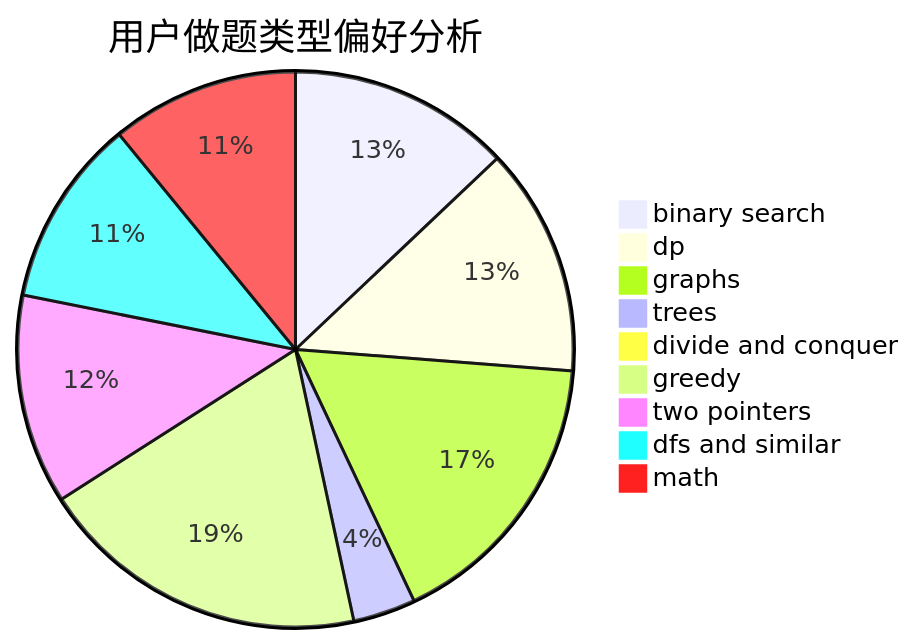
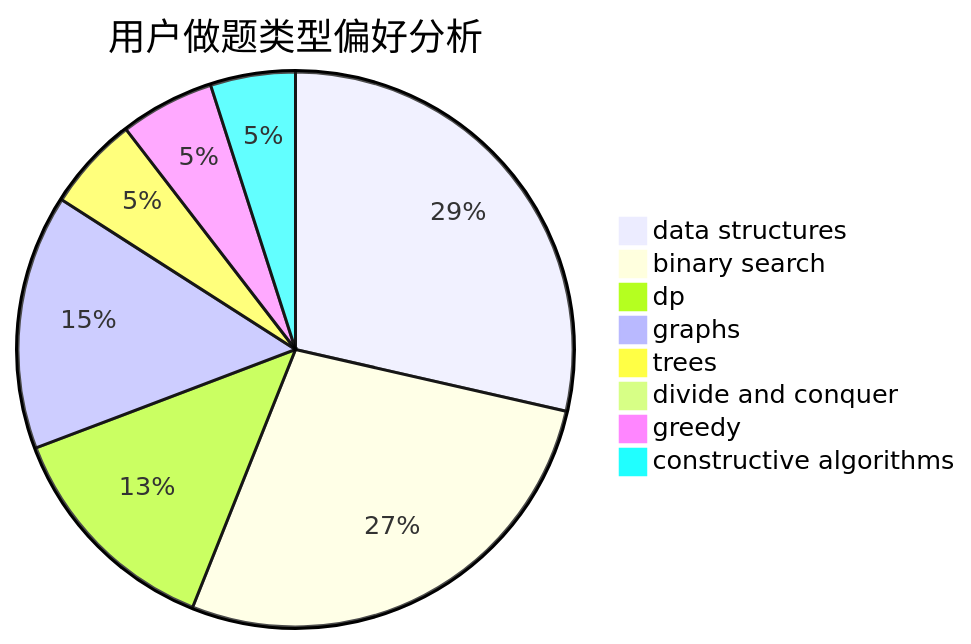
One commit to sherpahu/cfrs.github.io changed the second of 3 diagrams in docs/user/u59.md. Above: the diagram before and after it, drawn with Mermaid. The commit also changed other lines of this file and 2775 other files, not shown here.

````diff
--- a/docs/user/u59.md
+++ b/docs/user/u59.md
@@ -23,12 +23,11 @@
 ```mermaid
 pie title 用户做题类型偏好分析
-    "binary search" :  71
-    "dp" :  73
-    "graphs" :  92
-    "trees" :  20
+    "data structures" :  52
+    "binary search" :  50
+    "dp" :  24
+    "graphs" :  27
+    "trees" :  10
     "divide and conquer" :  0
-    "greedy" :  106
-    "two pointers" :  67
-    "dfs and similar" :  60
-    "math" :  60
+    "greedy" :  10
+    "constructive algorithms" :  9
 ```
````
